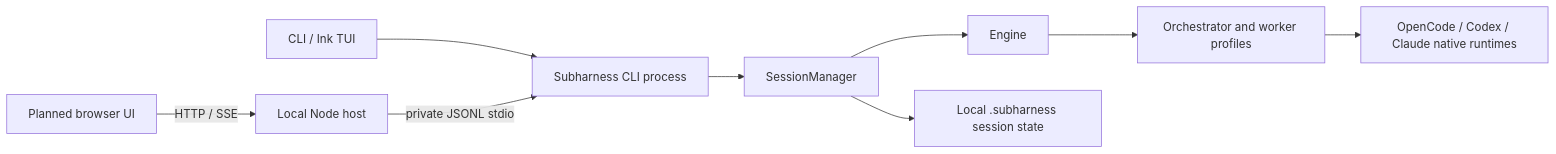
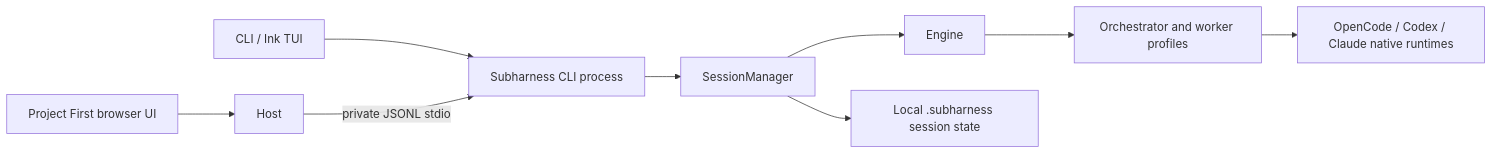
The diagram in docs/SYSTEM_OVERVIEW.md (thhanabun/Agent_Profiler), drawn with Mermaid before and after one commit. The commit also changed other lines of this file and 23 other files, not shown here.

Commit message:
feat(web): add Project First workspace

````diff
--- a/docs/SYSTEM_OVERVIEW.md
+++ b/docs/SYSTEM_OVERVIEW.md
@@ -7,11 +7,11 @@
 ```mermaid
 flowchart LR
   TUI[CLI / Ink TUI] --> CLI[Subharness CLI process]
-  Web[Planned browser UI] -->|HTTP / SSE| Host[Local Node host]
+  Web[Project First browser UI] --> Host
   Host -->|private JSONL stdio| CLI
   CLI --> Manager[SessionManager]
   Manager --> Engine[Engine]
   Engine --> Profiles[Orchestrator and worker profiles]
   Profiles --> Native[OpenCode / Codex / Claude native runtimes]
   Manager --> State[Local .subharness session state]
 ```
````
